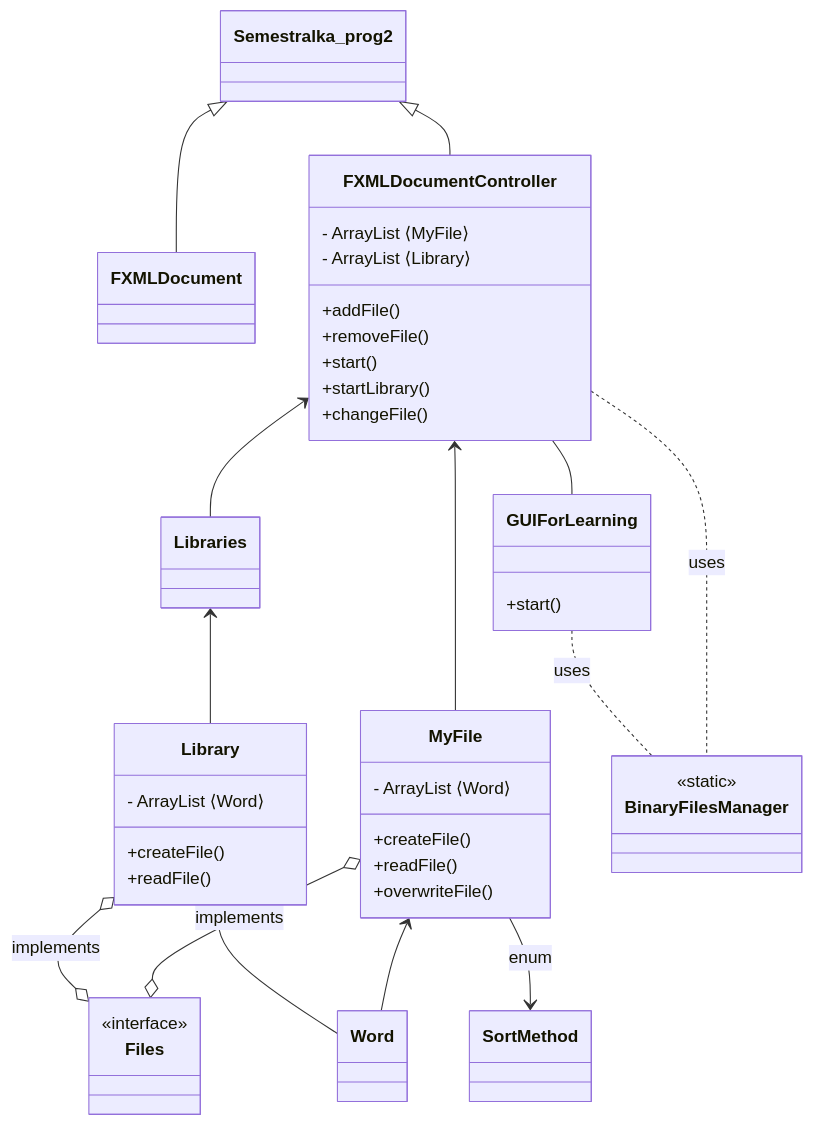
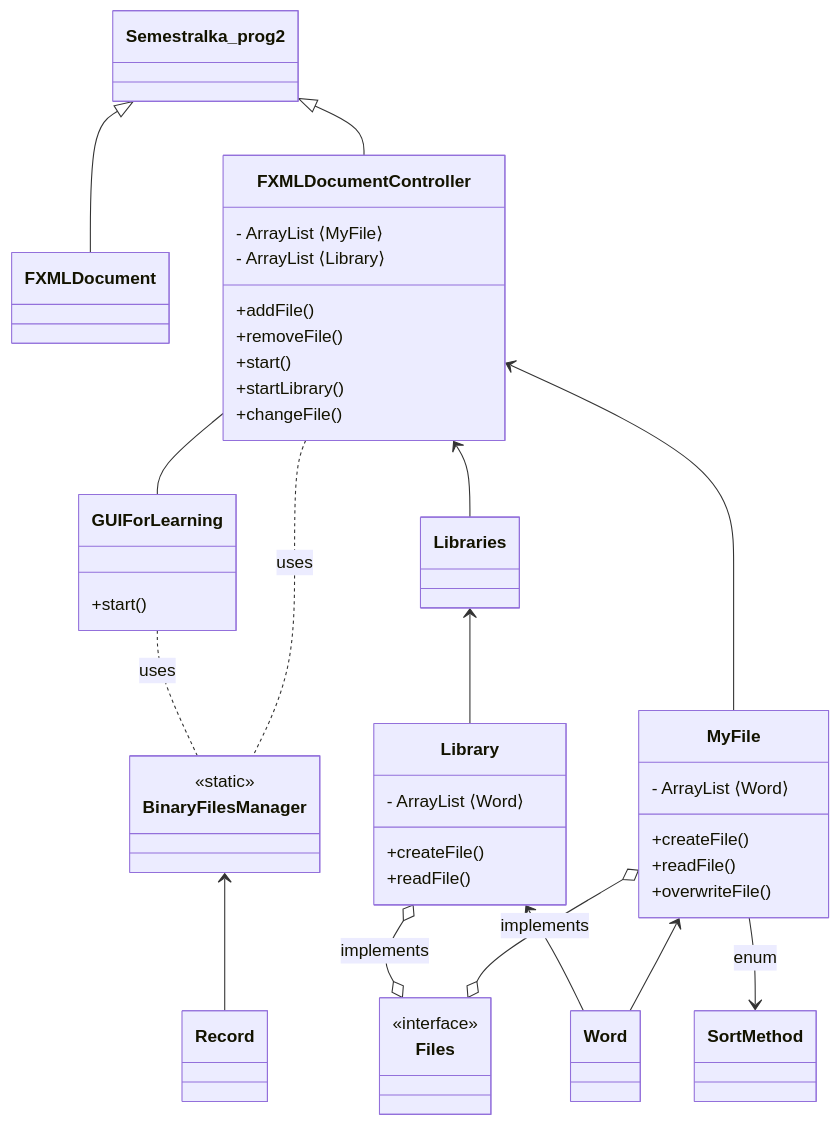
One commit to DanKohout/Semestralka2_learningApp changed the diagram in README.md. Above: the diagram before and after it, drawn with Mermaid. The commit also changed other lines of this file, not shown here.

````diff
--- a/README.md
+++ b/README.md
@@ -96,41 +98,42 @@
 ```mermaid
 classDiagram
   Semestralka_prog2 <|-- FXMLDocument
   Semestralka_prog2 <|-- FXMLDocumentController
   class FXMLDocumentController{
   - ArrayList ⟨MyFile⟩
   - ArrayList ⟨Library⟩
     +addFile()
     +removeFile()
     +start()
     +startLibrary()
     +changeFile()
   }
   FXMLDocumentController -- GUIForLearning
   class GUIForLearning{
     +start()
   }
   FXMLDocumentController <-- MyFile
   class MyFile{
     - ArrayList ⟨Word⟩
     +createFile()
     +readFile()
     +overwriteFile()
   }
   FXMLDocumentController <-- Libraries
   Libraries <-- Library
   class Library{
     - ArrayList ⟨Word⟩
     +createFile()
     +readFile()
   }
   Library o--o Files : implements
   MyFile o--o Files : implements
   <<interface>> Files
   Library <-- Word
   MyFile <-- Word
   MyFile --> SortMethod : enum
   GUIForLearning ..  BinaryFilesManager : uses
   FXMLDocumentController ..  BinaryFilesManager : uses
+  BinaryFilesManager <-- Record
   <<static>> BinaryFilesManager
 ```
````
